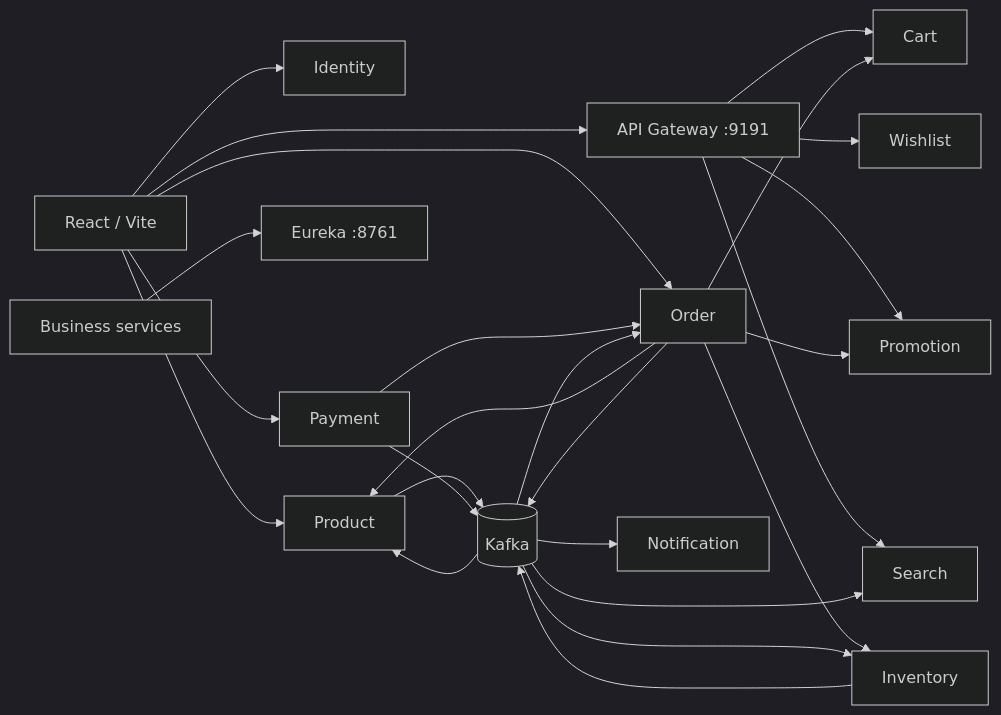
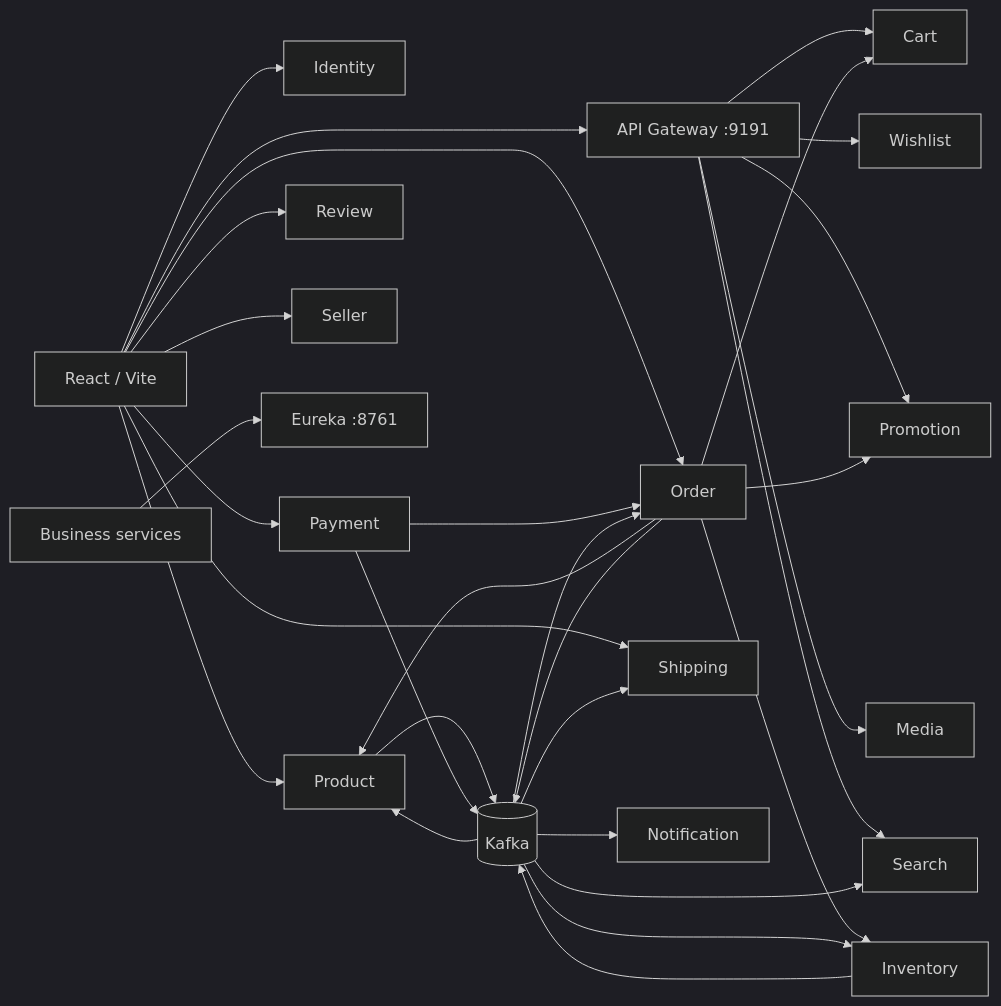
The diagram in README.md (dangkhoi88x/e-com-microNservice), drawn with Mermaid (dark theme) before and after one commit. The commit also changed other lines of this file and 1 other file, not shown here.

Commit message:
aws s3, flow check out cod fixed

````diff
--- a/README.md
+++ b/README.md
@@ -20,31 +20,36 @@
 ```mermaid
 flowchart LR
     UI[React / Vite] --> GW[API Gateway :9191]
     GW --> Cart[Cart]
     GW --> Wish[Wishlist]
     GW --> Promo[Promotion]
+    GW --> Media[Media]
     GW --> Search[Search]
 
     UI --> Identity[Identity]
     UI --> Product[Product]
     UI --> Order[Order]
     UI --> Payment[Payment]
+    UI --> Shipping[Shipping]
+    UI --> Review[Review]
+    UI --> Seller[Seller]
 
     Order --> Product
     Order --> Cart
     Order --> Inventory
     Order --> Promo
     Payment --> Order
 
     Product --> Kafka[(Kafka)]
     Inventory --> Kafka
     Payment --> Kafka
     Order --> Kafka
     Kafka --> Search
     Kafka --> Product
     Kafka --> Order
     Kafka --> Inventory
     Kafka --> Notification[Notification]
+    Kafka --> Shipping
 
     Services[Business services] --> Eureka[Eureka :8761]
 ```
````
